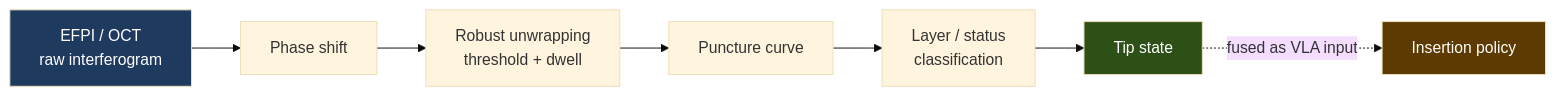
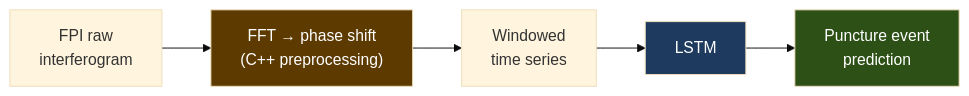
One commit to Najongs/Najongs changed the fourth of 6 diagrams in PORTFOLIO.md. Above: the diagram before and after it, drawn with Mermaid (base theme). The commit also changed other lines of this file and 2 other files, not shown here.

````diff
--- a/PORTFOLIO.md
+++ b/PORTFOLIO.md
@@ -114,13 +154,11 @@
 ```mermaid
 flowchart LR
-    RAW["EFPI / OCT<br/>raw interferogram"] --> PS["Phase shift"]
-    PS --> UW["Robust unwrapping<br/>threshold + dwell"]
-    UW --> PC["Puncture curve"]
-    PC --> CLS["Layer / status<br/>classification"]
-    CLS --> ST["Tip state"]
-    ST -.->|"fused as VLA input"| VLA["Insertion policy"]
+    FPI["FPI raw<br/>interferogram"] --> FFT["FFT → phase shift<br/>(C++ preprocessing)"]
+    FFT --> SEQ["Windowed<br/>time series"]
+    SEQ --> LSTM["LSTM"]
+    LSTM --> PUNC["Puncture event<br/>prediction"]
 
-    style RAW fill:#1f3a5f,color:#fff
-    style ST fill:#2d5016,color:#fff
-    style VLA fill:#5c3a00,color:#fff
+    style FFT fill:#5c3a00,color:#fff
+    style LSTM fill:#1f3a5f,color:#fff
+    style PUNC fill:#2d5016,color:#fff
 ```
````
